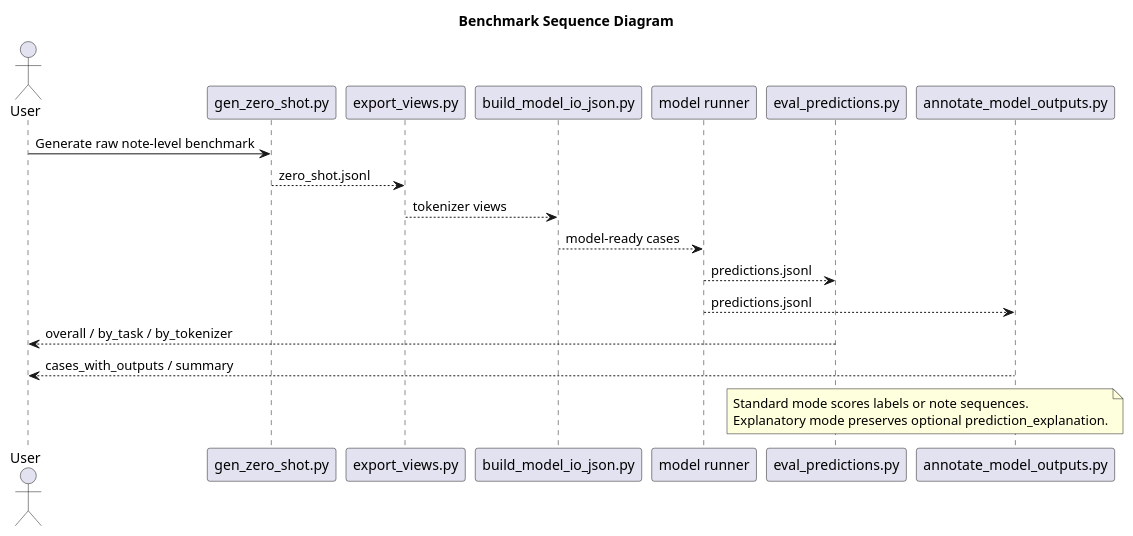
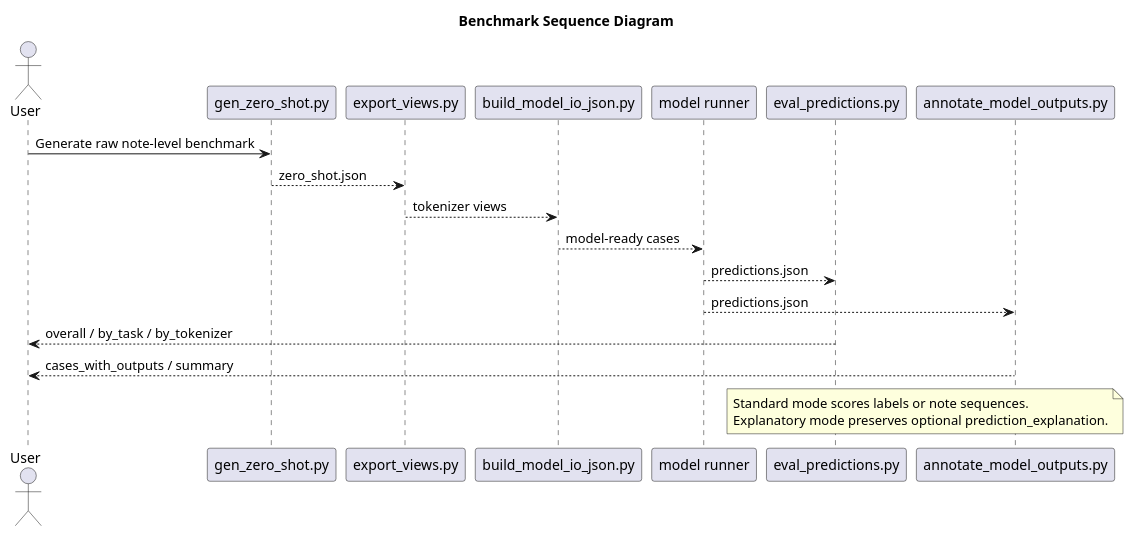
Before and after one commit to folksue/midi_agent: the diagram in docs/diagrams/benchmark-sequence-diagram.puml, drawn with PlantUML. The commit also changed 9 other files, not shown here.

Commit message:
complete flow

```diff
--- a/docs/diagrams/benchmark-sequence-diagram.puml
+++ b/docs/diagrams/benchmark-sequence-diagram.puml
@@ -1,26 +1,26 @@
 @startuml
 title Benchmark Sequence Diagram
 
 actor User as U
 participant "gen_zero_shot.py" as G
 participant "export_views.py" as V
 participant "build_model_io_json.py" as C
 participant "model runner" as R
 participant "eval_predictions.py" as E
 participant "annotate_model_outputs.py" as A
 
 U -> G : Generate raw note-level benchmark
-G --> V : zero_shot.jsonl
+G --> V : zero_shot.json
 V --> C : tokenizer views
 C --> R : model-ready cases
-R --> E : predictions.jsonl
-R --> A : predictions.jsonl
+R --> E : predictions.json
+R --> A : predictions.json
 E --> U : overall / by_task / by_tokenizer
 A --> U : cases_with_outputs / summary
 
 note over E, A
 Standard mode scores labels or note sequences.
 Explanatory mode preserves optional prediction_explanation.
 end note
 
 @enduml
```
